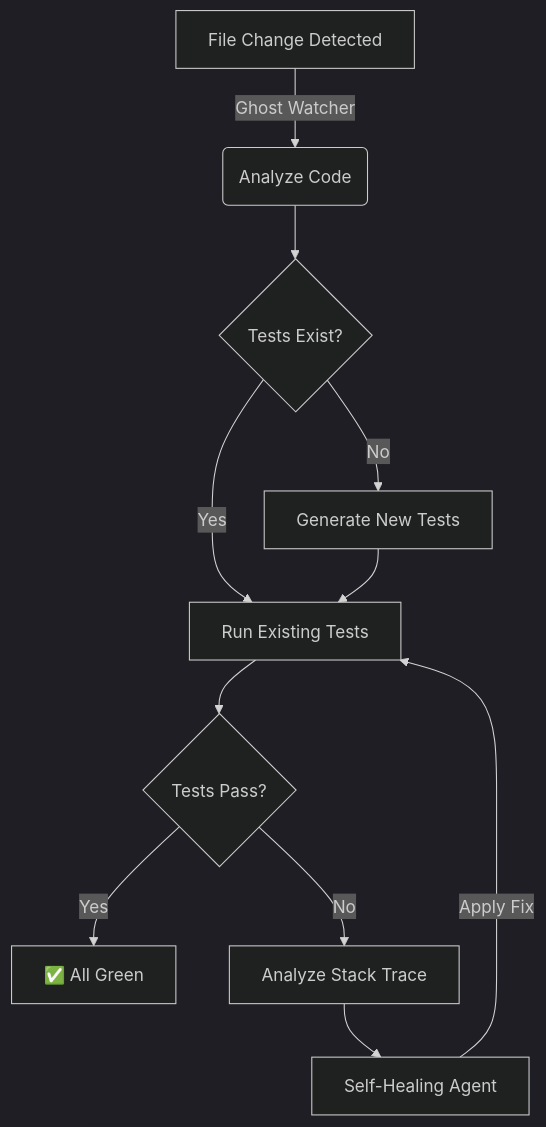
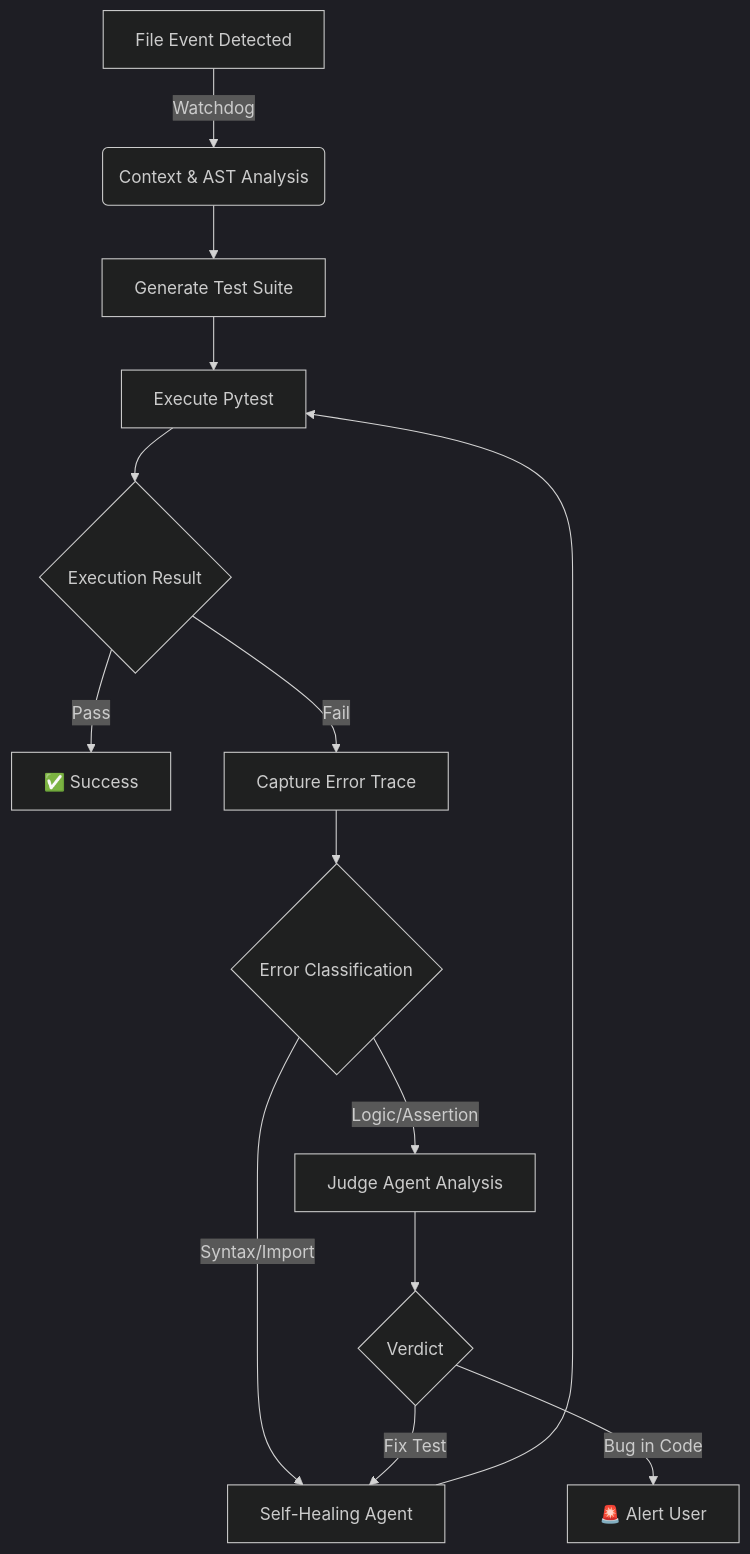
Before and after one commit to tripathiji1312/ghost: the diagram in README.md, drawn with Mermaid (dark theme). The commit also changed other lines of this file and 5 other files, not shown here.

Commit message:
Initialize app with code analysis and JSON context generation

````diff
--- a/README.md
+++ b/README.md
@@ -26,13 +157,16 @@
 ```mermaid
 graph TD
-    A[File Change Detected] -->|Ghost Watcher| B(Analyze Code)
-    B --> C{Tests Exist?}
-    C -- No --> D[Generate New Tests]
-    C -- Yes --> E[Run Existing Tests]
-    D --> E
-    E --> F{Tests Pass?}
-    F -- Yes --> G[✅ All Green]
-    F -- No --> H[Analyze Stack Trace]
-    H --> I[Self-Healing Agent]
-    I -->|Apply Fix| E
+    A[File Event Detected] -->|Watchdog| B(Context & AST Analysis)
+    B --> C[Generate Test Suite]
+    C --> D[Execute Pytest]
+    D --> E{Execution Result}
+    E -- Pass --> F[✅ Success]
+    E -- Fail --> G[Capture Error Trace]
+    G --> H{Error Classification}
+    H -- Syntax/Import --> I[Self-Healing Agent]
+    H -- Logic/Assertion --> J[Judge Agent Analysis]
+    J --> K{Verdict}
+    K -- "Fix Test" --> I
+    K -- "Bug in Code" --> L[🚨 Alert User]
+    I --> D
 ```
````
